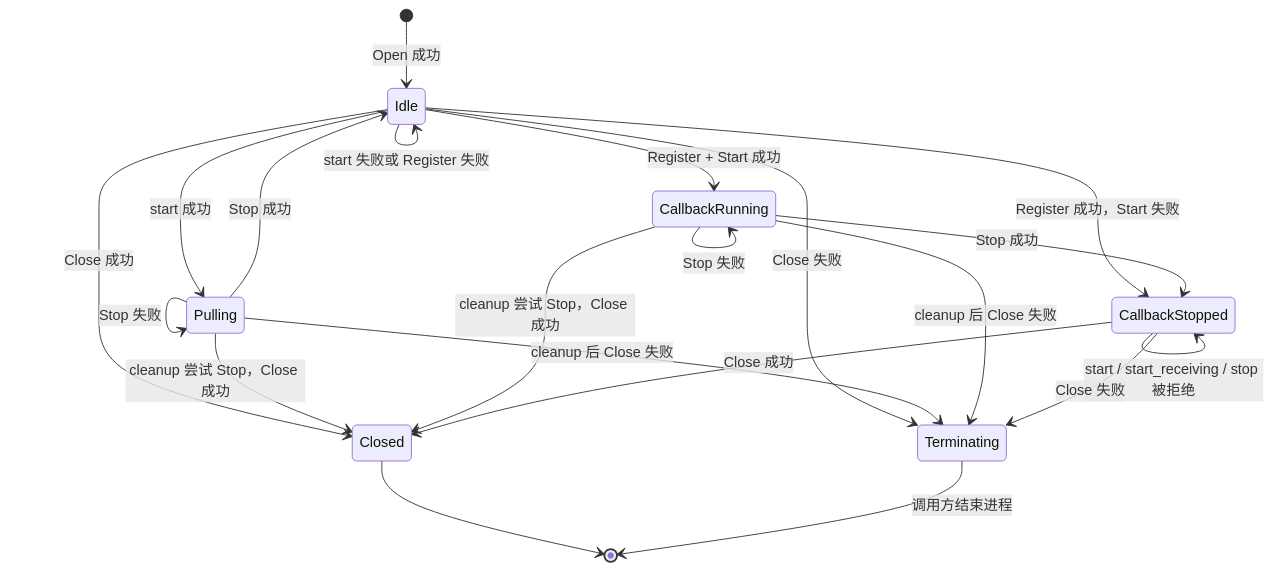
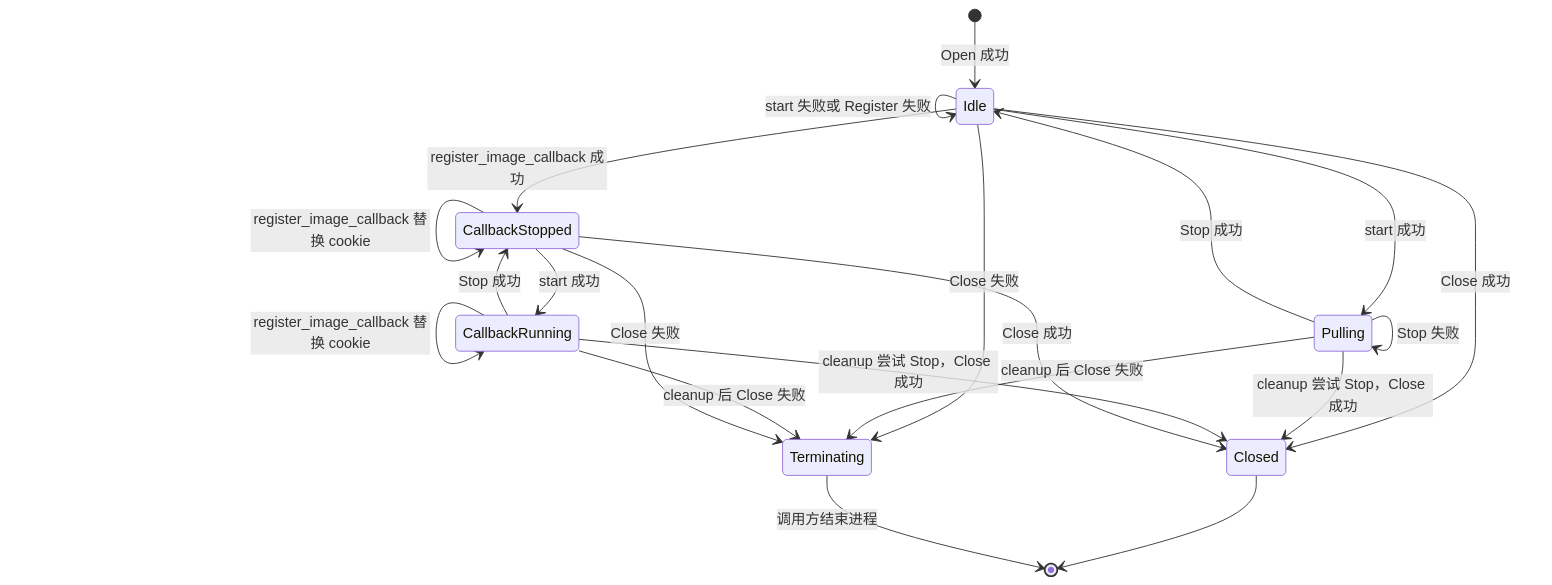
Before and after one commit to JSB-Unscarred/3dmvs-sdk-rs: the third of 3 diagrams in 生命周期与时序图.md, drawn with Mermaid. The commit also changed other lines of this file and 29 other files, not shown here.

````diff
--- a/生命周期与时序图.md
+++ b/生命周期与时序图.md
@@ -46,26 +43,28 @@
 ```mermaid
 stateDiagram-v2
     [*] --> Idle: Open 成功
 
     Idle --> Pulling: start 成功
     Idle --> Idle: start 失败或 Register 失败
-    Idle --> CallbackRunning: Register + Start 成功
-    Idle --> CallbackStopped: Register 成功，Start 失败
+    Idle --> CallbackStopped: register_image_callback 成功
+    CallbackStopped --> CallbackRunning: start 成功
+    CallbackStopped --> CallbackStopped: start 失败
 
     Pulling --> Idle: Stop 成功
     Pulling --> Pulling: Stop 失败
     CallbackRunning --> CallbackStopped: Stop 成功
     CallbackRunning --> CallbackRunning: Stop 失败
-    CallbackStopped --> CallbackStopped: start / start_receiving / stop 被拒绝
+    CallbackRunning --> CallbackRunning: register_image_callback 替换 cookie
+    CallbackStopped --> CallbackStopped: register_image_callback 替换 cookie
 
     Idle --> Closed: Close 成功
     Pulling --> Closed: cleanup 尝试 Stop，Close 成功
     CallbackRunning --> Closed: cleanup 尝试 Stop，Close 成功
     CallbackStopped --> Closed: Close 成功
     Idle --> Terminating: Close 失败
     Pulling --> Terminating: cleanup 后 Close 失败
     CallbackRunning --> Terminating: cleanup 后 Close 失败
     CallbackStopped --> Terminating: Close 失败
     Closed --> [*]
     Terminating --> [*]: 调用方结束进程
 ```
````
